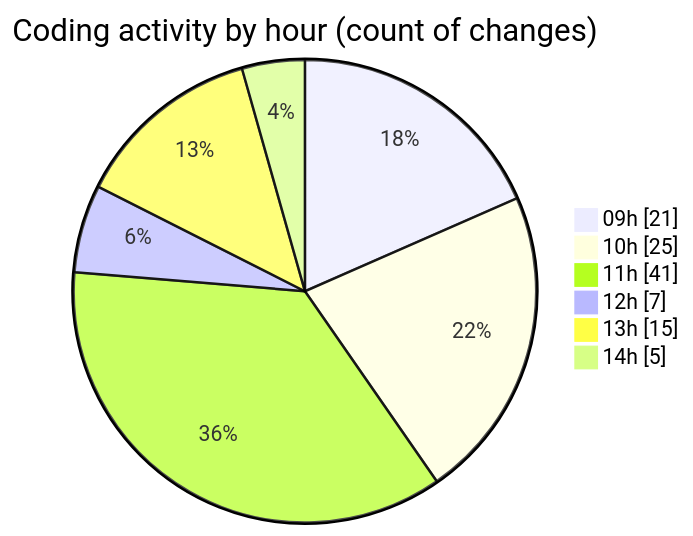
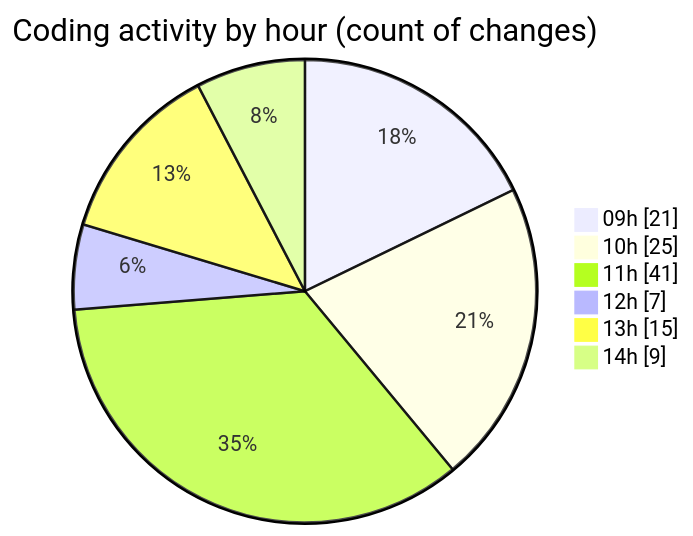
Before and after one commit to momahboobian/code-tracking: the second of 2 diagrams in 2025-12-01/cda/README.md, drawn with Mermaid. The commit also changed other lines of this file and 1 other file, not shown here.

````diff
--- a/2025-12-01/cda/README.md
+++ b/2025-12-01/cda/README.md
@@ -45,10 +45,10 @@
 ```mermaid
 pie showData
 title Coding activity by hour (count of changes)
 "09h" : 21
 "10h" : 25
 "11h" : 41
 "12h" : 7
 "13h" : 15
-"14h" : 5
+"14h" : 9
 ```
````
